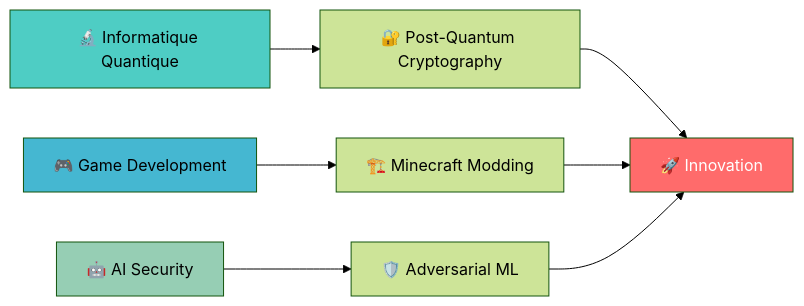
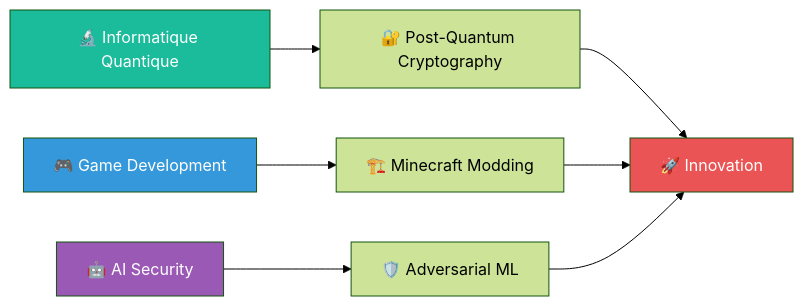
One commit to elieduclr/Awesome-Readme-Templates changed the fourth of 24 diagrams in tools/mermaid-diagrams.md. Above: the diagram before and after it, drawn with Mermaid (forest theme). The commit also changed other lines of this file, not shown here.

First line of the commit message:
Update mermaid-diagrams.md

````diff
--- a/tools/mermaid-diagrams.md
+++ b/tools/mermaid-diagrams.md
@@ -174,14 +170,14 @@
 ```mermaid
 graph LR
     A[🔬 Informatique Quantique] --> B[🔐 Post-Quantum Cryptography]
     C[🎮 Game Development] --> D[🏗️ Minecraft Modding]
     E[🤖 AI Security] --> F[🛡️ Adversarial ML]
     B --> G[🚀 Innovation]
     D --> G
     F --> G
-    
-    style G fill:#ff6b6b,color:#fff
-    style A fill:#4ecdc4
-    style C fill:#45b7d1
-    style E fill:#96ceb4
+
+    style G fill:#EA5455,color:#fff
+    style A fill:#1BBC9B,color:#fff
+    style C fill:#3498DB,color:#fff
+    style E fill:#9B59B6,color:#fff
 ```
````
